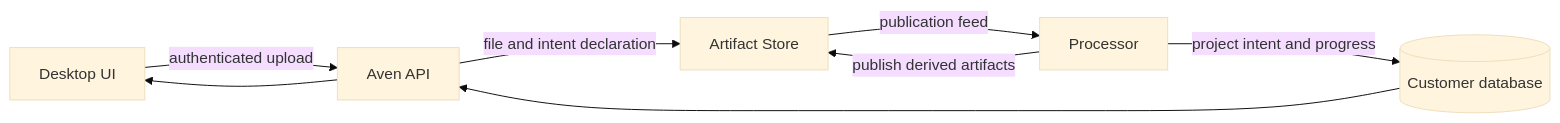
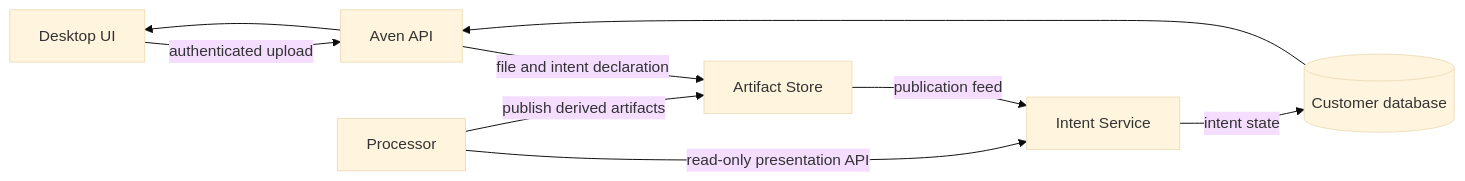
The diagram in docs/intent-system.md (MyAvenCEO/avenOS), drawn with Mermaid (base theme) before and after one commit. The commit also changed other lines of this file and 12 other files, not shown here.

Commit message:
ci(deploy): ship standalone intent service

````diff
--- a/docs/intent-system.md
+++ b/docs/intent-system.md
@@ -21,10 +21,11 @@
 ```mermaid
 flowchart LR
     UI[Desktop UI] -->|authenticated upload| API[Aven API]
     API -->|file and intent declaration| Store[Artifact Store]
-    Store -->|publication feed| Processor[Processor]
-    Processor -->|project intent and progress| DB[(Customer database)]
+    Store -->|publication feed| Intent[Intent Service]
+    Processor -->|read-only presentation API| Intent
+    Intent -->|intent state| DB[(Customer database)]
     Processor -->|publish derived artifacts| Store
     DB --> API
     API --> UI
 ```
````
